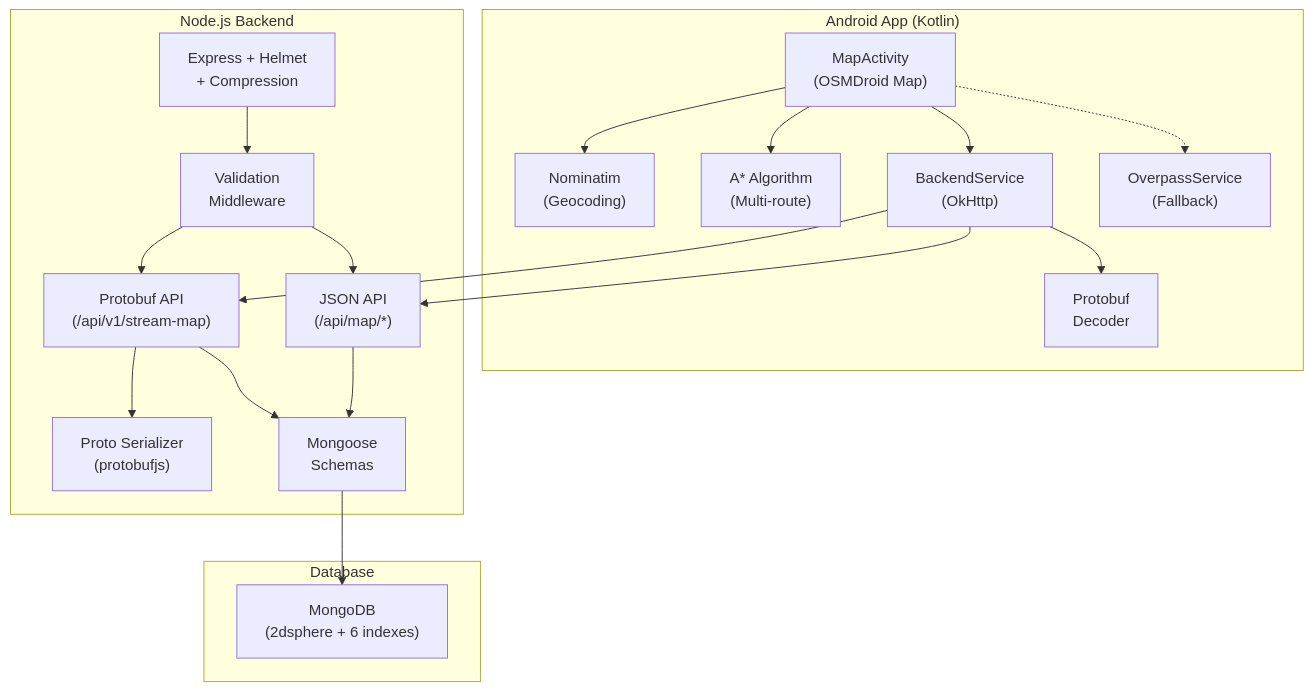
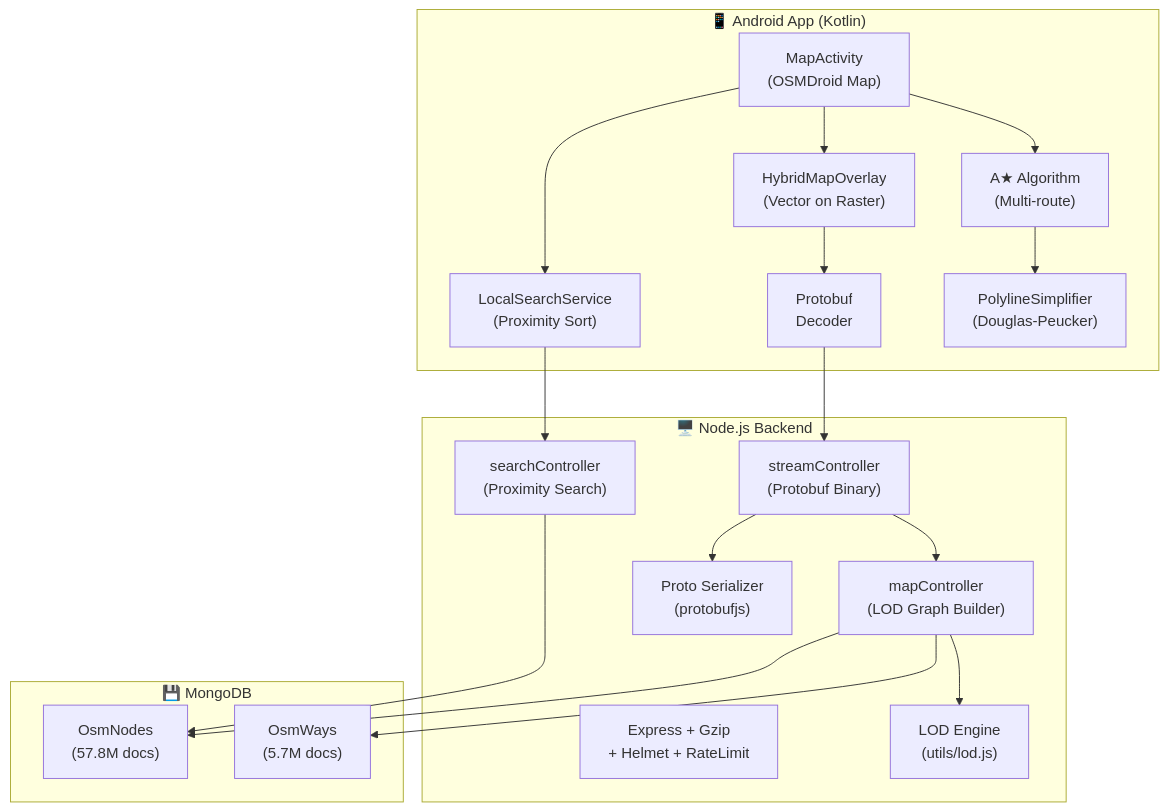
One commit to deependrasinghsolanki03-alt/BGI changed the diagram in implementation_plan.md. Above: the diagram before and after it, drawn with Mermaid. The commit also changed other lines of this file, not shown here.

Commit message:
docs: Update implementation_plan.md to v6 (proximity search + hybrid map)

````diff
--- a/implementation_plan.md
+++ b/implementation_plan.md
@@ -10,39 +12,39 @@
 ```mermaid
 graph TB
-    subgraph Android["Android App (Kotlin)"]
+    subgraph Android["📱 Android App (Kotlin)"]
         UI["MapActivity\n(OSMDroid Map)"]
-        Search["Nominatim\n(Geocoding)"]
-        AStar["A* Algorithm\n(Multi-route)"]
-        Backend["BackendService\n(OkHttp)"]
-        Overpass["OverpassService\n(Fallback)"]
-        ProtoDec["Protobuf\nDecoder"]
+        Hybrid["HybridMapOverlay\n(Vector on Raster)"]
+        Search["LocalSearchService\n(Proximity Sort)"]
+        AStar["A★ Algorithm\n(Multi-route)"]
+        Proto["Protobuf\nDecoder"]
+        Simplify["PolylineSimplifier\n(Douglas-Peucker)"]
     end
 
-    subgraph Server["Node.js Backend"]
-        Express["Express + Helmet\n+ Compression"]
-        JSON_API["JSON API\n(/api/map/*)"]
-        Proto_API["Protobuf API\n(/api/v1/stream-map)"]
-        Validate["Validation\nMiddleware"]
+    subgraph Server["🖥️ Node.js Backend"]
+        Express["Express + Gzip\n+ Helmet + RateLimit"]
+        MapCtrl["mapController\n(LOD Graph Builder)"]
+        StreamCtrl["streamController\n(Protobuf Binary)"]
+        SearchCtrl["searchController\n(Proximity Search)"]
+        LOD["LOD Engine\n(utils/lod.js)"]
         Serializer["Proto Serializer\n(protobufjs)"]
-        Models["Mongoose\nSchemas"]
     end
 
-    subgraph DB["Database"]
-        MongoDB["MongoDB\n(2dsphere + 6 indexes)"]
+    subgraph DB["💾 MongoDB"]
+        OsmNodes["OsmNodes\n(57.8M docs)"]
+        OsmWays["OsmWays\n(5.7M docs)"]
     end
 
+    UI --> Hybrid
     UI --> Search
     UI --> AStar
-    UI --> Backend
-    UI -.-> Overpass
-    Backend --> JSON_API
-    Backend --> Proto_API
-    Proto_API --> Serializer
-    Backend --> ProtoDec
-    Express --> Validate
-    Validate --> JSON_API
-    Validate --> Proto_API
-    JSON_API --> Models
-    Proto_API --> Models
-    Models --> MongoDB
+    Hybrid --> Proto
+    Proto --> StreamCtrl
+    Search --> SearchCtrl
+    AStar --> Simplify
+    MapCtrl --> LOD
+    StreamCtrl --> MapCtrl
+    StreamCtrl --> Serializer
+    MapCtrl --> OsmNodes
+    MapCtrl --> OsmWays
+    SearchCtrl --> OsmNodes
 ```
````
